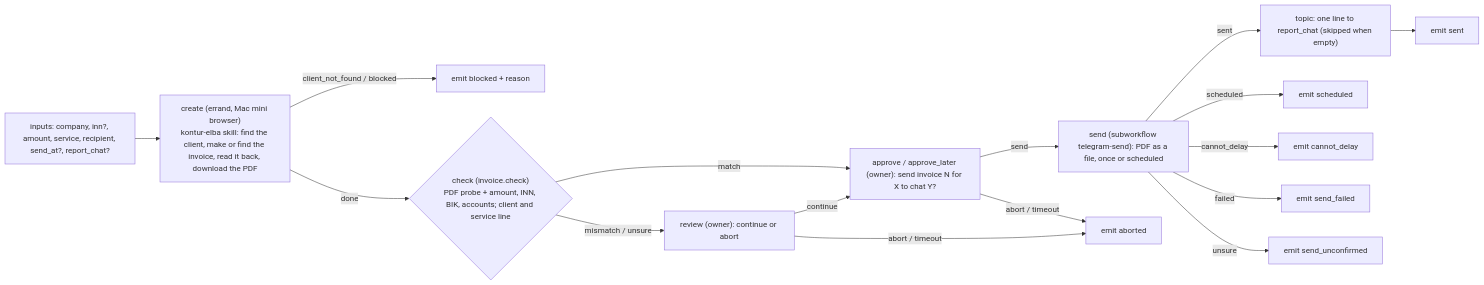
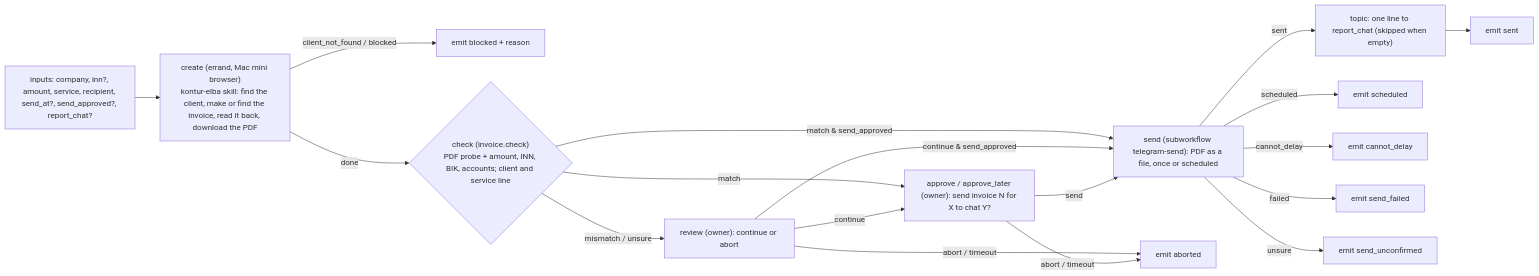
The diagram in docs/invoice-send.md (VKirill/bb-plugin-lane-pilot), drawn with Mermaid before and after one commit. The commit also changed other lines of this file and 6 other files, not shown here.

````diff
--- a/docs/invoice-send.md
+++ b/docs/invoice-send.md
@@ -24,17 +25,19 @@
 ```mermaid
 flowchart LR
-  I["inputs: company, inn?, amount, service, recipient, send_at?, report_chat?"] --> C["create (errand, Mac mini browser)\nkontur-elba skill: find the client, make or find the invoice, read it back, download the PDF"]
+  I["inputs: company, inn?, amount, service, recipient, send_at?, send_approved?, report_chat?"] --> C["create (errand, Mac mini browser)\nkontur-elba skill: find the client, make or find the invoice, read it back, download the PDF"]
   C -->|"client_not_found / blocked"| B["emit blocked + reason"]
   C -->|done| K{"check (invoice.check)\nPDF probe + amount, INN, BIK, accounts; client and service line"}
+  K -->|"match & send_approved"| S["send (subworkflow telegram-send): PDF as a file, once or scheduled"]
   K -->|match| A["approve / approve_later (owner): send invoice N for X to chat Y?"]
   K -->|"mismatch / unsure"| R["review (owner): continue or abort"]
+  R -->|"continue & send_approved"| S
   R -->|continue| A
   R -->|"abort / timeout"| X["emit aborted"]
-  A -->|send| S["send (subworkflow telegram-send): PDF as a file, once or scheduled"]
+  A -->|send| S
   A -->|"abort / timeout"| X
   S -->|sent| T["topic: one line to report_chat (skipped when empty)"] --> D["emit sent"]
   S -->|scheduled| SC["emit scheduled"]
   S -->|cannot_delay| CD["emit cannot_delay"]
   S -->|failed| F["emit send_failed"]
   S -->|unsure| U["emit send_unconfirmed"]
 ```
````
